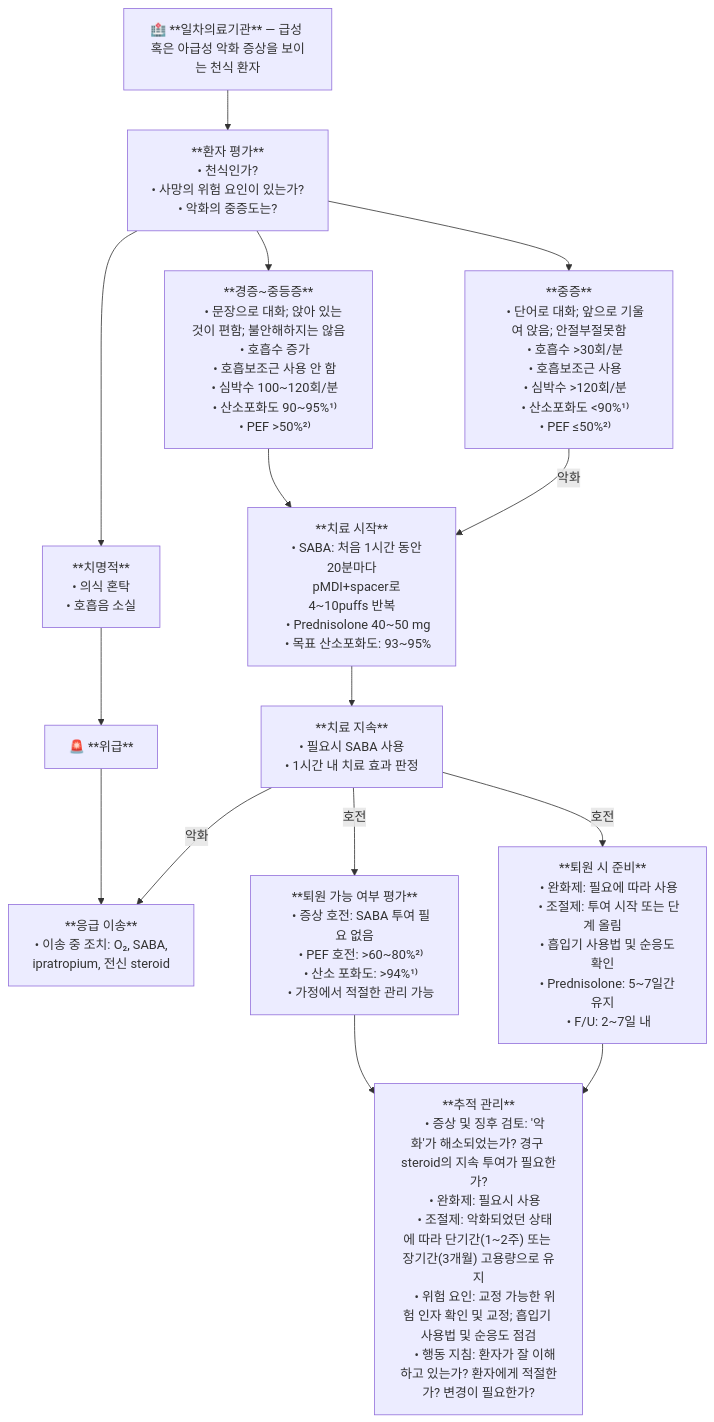
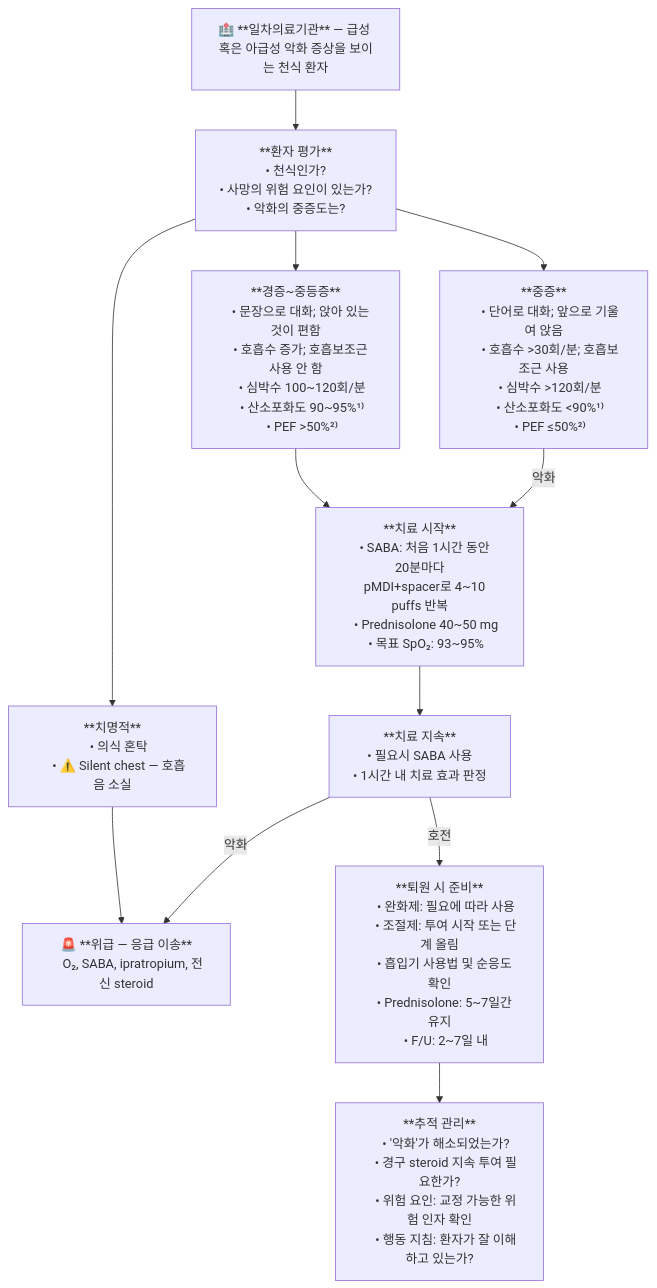
One commit to familyoh77/familyoh77 changed the second of 3 diagrams in 223_/071_-asthma.md. Above: the diagram before and after it, drawn with Mermaid. The commit also changed other lines of this file, not shown here.

````diff
--- a/223_/071_-asthma.md
+++ b/223_/071_-asthma.md
@@ -847,70 +781,56 @@
 ```mermaid
 flowchart TD
     A["🏥 **일차의료기관** — 급성 혹은 아급성 악화 증상을 보이는 천식 환자"]
     --> B["**환자 평가**
     • 천식인가?
     • 사망의 위험 요인이 있는가?
     • 악화의 중증도는?"]
 
     B --> C["**경증~중등증**
-    • 문장으로 대화; 앉아 있는 것이 편함; 불안해하지는 않음
-    • 호흡수 증가
-    • 호흡보조근 사용 안 함
+    • 문장으로 대화; 앉아 있는 것이 편함
+    • 호흡수 증가; 호흡보조근 사용 안 함
     • 심박수 100~120회/분
     • 산소포화도 90~95%¹⁾
     • PEF >50%²⁾"]
 
     B --> D["**중증**
-    • 단어로 대화; 앞으로 기울여 앉음; 안절부절못함
-    • 호흡수 >30회/분
-    • 호흡보조근 사용
+    • 단어로 대화; 앞으로 기울여 앉음
+    • 호흡수 >30회/분; 호흡보조근 사용
     • 심박수 >120회/분
     • 산소포화도 <90%¹⁾
     • PEF ≤50%²⁾"]
 
     B --> E["**치명적**
     • 의식 혼탁
-    • 호흡음 소실"]
+    • ⚠️ Silent chest — 호흡음 소실"]
 
-    E --> F["🚨 **위급**"]
-    F --> G["**응급 이송**
-    • 이송 중 조치: O₂, SABA,
-    ipratropium, 전신 steroid"]
+    E --> F["🚨 **위급 — 응급 이송**
+    O₂, SABA, ipratropium, 전신 steroid"]
 
     C --> H["**치료 시작**
     • SABA: 처음 1시간 동안 20분마다
-    pMDI+spacer로 4~10puffs 반복
+    pMDI+spacer로 4~10 puffs 반복
     • Prednisolone 40~50 mg
-    • 목표 산소포화도: 93~95%"]
+    • 목표 SpO₂: 93~95%"]
 
     D -->|악화| H
 
     H --> I["**치료 지속**
     • 필요시 SABA 사용
     • 1시간 내 치료 효과 판정"]
 
-    I -->|악화| G
-
-    I -->|호전| J["**퇴원 가능 여부 평가**
-    • 증상 호전: SABA 투여 필요 없음
-    • PEF 호전: >60~80%²⁾
-    • 산소 포화도: >94%¹⁾
-    • 가정에서 적절한 관리 가능"]
+    I -->|악화| F
 
     I -->|호전| K["**퇴원 시 준비**
     • 완화제: 필요에 따라 사용
     • 조절제: 투여 시작 또는 단계 올림
     • 흡입기 사용법 및 순응도 확인
     • Prednisolone: 5~7일간 유지
     • F/U: 2~7일 내"]
 
-    J --> L
-    K --> L
-
-    L["**추적 관리**
-    • 증상 및 징후 검토: '악화'가 해소되었는가? 경구 steroid의 지속 투여가 필요한가?
-    • 완화제: 필요시 사용
-    • 조절제: 악화되었던 상태에 따라 단기간(1~2주) 또는 장기간(3개월) 고용량으로 유지
-    • 위험 요인: 교정 가능한 위험 인자 확인 및 교정; 흡입기 사용법 및 순응도 점검
-    • 행동 지침: 환자가 잘 이해하고 있는가? 환자에게 적절한가? 변경이 필요한가?"]
+    K --> L["**추적 관리**
+    • '악화'가 해소되었는가?
+    • 경구 steroid 지속 투여 필요한가?
+    • 위험 요인: 교정 가능한 위험 인자 확인
+    • 행동 지침: 환자가 잘 이해하고 있는가?"]
 ```
````
